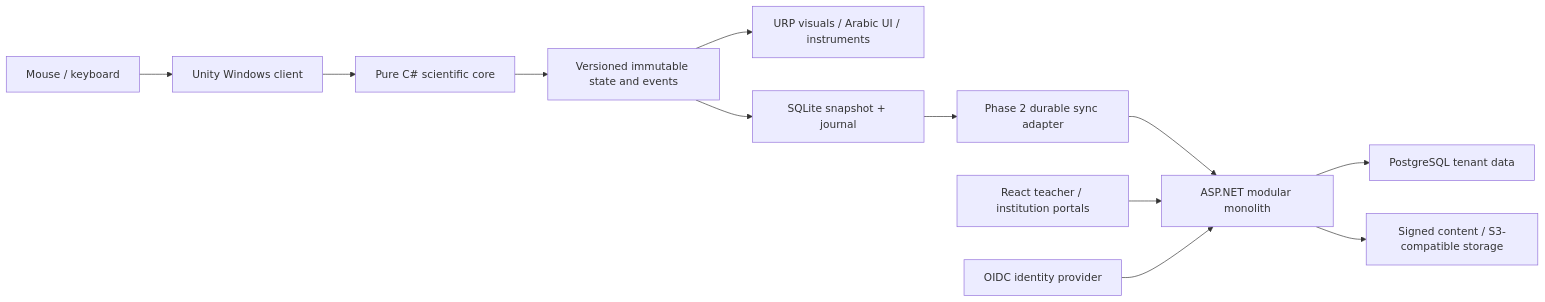
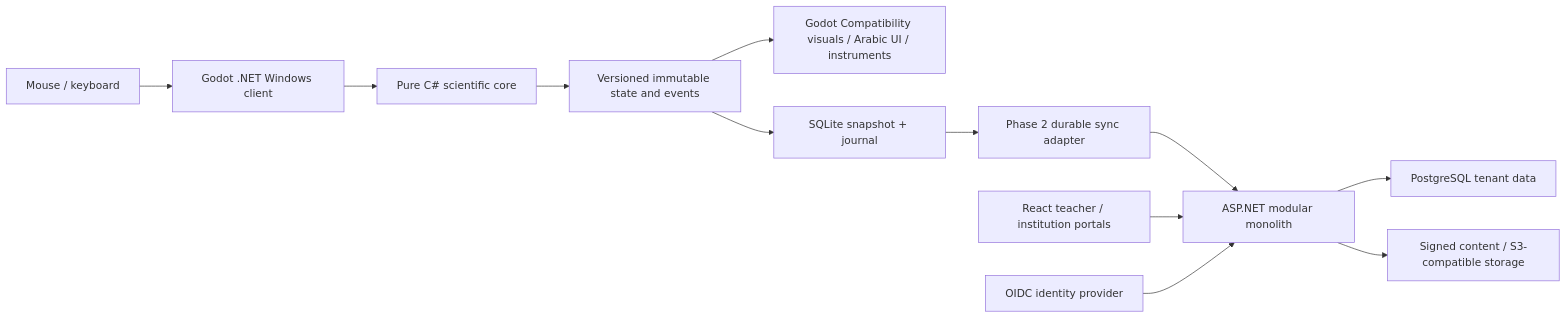
One commit to hkudaish/PhysicsLabSimulator changed the diagram in docs/phase-0/03-architecture.md. Above: the diagram before and after it, drawn with Mermaid. The commit also changed other lines of this file and 62 other files, not shown here.

````diff
--- a/docs/phase-0/03-architecture.md
+++ b/docs/phase-0/03-architecture.md
@@ -5,14 +5,14 @@
 ```mermaid
 flowchart LR
-  Input[Mouse / keyboard] --> Client[Unity Windows client]
+  Input[Mouse / keyboard] --> Client[Godot .NET Windows client]
   Client --> Core[Pure C# scientific core]
   Core --> State[Versioned immutable state and events]
-  State --> Render[URP visuals / Arabic UI / instruments]
+  State --> Render[Godot Compatibility visuals / Arabic UI / instruments]
   State --> Local[SQLite snapshot + journal]
   Local --> Sync[Phase 2 durable sync adapter]
   Sync --> API[ASP.NET modular monolith]
   Portal[React teacher / institution portals] --> API
   API --> PG[PostgreSQL tenant data]
   API --> Assets[Signed content / S3-compatible storage]
   IdP[OIDC identity provider] --> API
 ```
````
